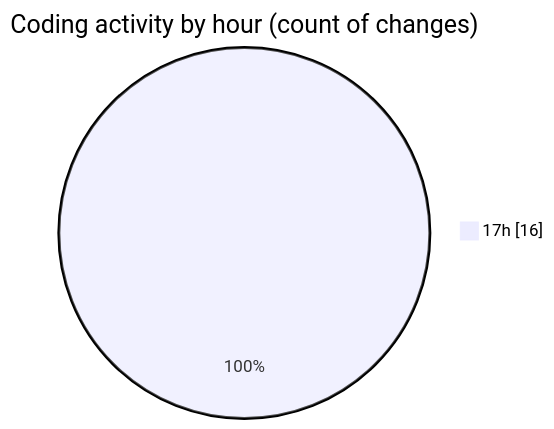
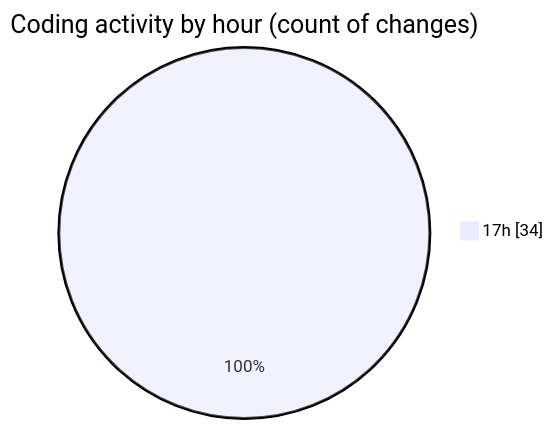
One commit to lephambinh05/code-tracking changed the second of 2 diagrams in 2025-08-03/boz-rat/README.md. Above: the diagram before and after it, drawn with Mermaid. The commit also changed other lines of this file and 1 other file, not shown here.

````diff
--- a/2025-08-03/boz-rat/README.md
+++ b/2025-08-03/boz-rat/README.md
@@ -39,5 +49,5 @@
 ```mermaid
 pie showData
 title Coding activity by hour (count of changes)
-"17h" : 16
+"17h" : 34
 ```
````
